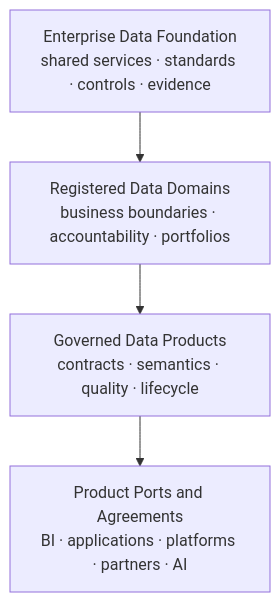
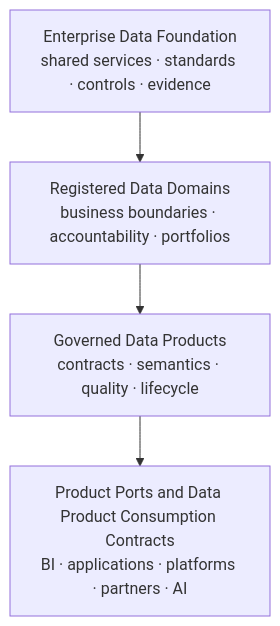
Before and after one commit to cong78/data-foundation-architecture: the first of 2 diagrams in docs/architecture/data-domain-design.md, drawn with Mermaid. The commit also changed other lines of this file and 47 other files, not shown here.

Commit message:
Simplify data contracts to three types

````diff
--- a/docs/architecture/data-domain-design.md
+++ b/docs/architecture/data-domain-design.md
@@ -11,9 +11,9 @@
 ```mermaid
 flowchart TB
     F["Enterprise Data Foundation<br/>shared services · standards · controls · evidence"]
     D["Registered Data Domains<br/>business boundaries · accountability · portfolios"]
     P["Governed Data Products<br/>contracts · semantics · quality · lifecycle"]
-    C["Product Ports and Agreements<br/>BI · applications · platforms · partners · AI"]
+    C["Product Ports and Data Product Consumption Contracts<br/>BI · applications · platforms · partners · AI"]
 
     F --> D --> P --> C
 ```
````
